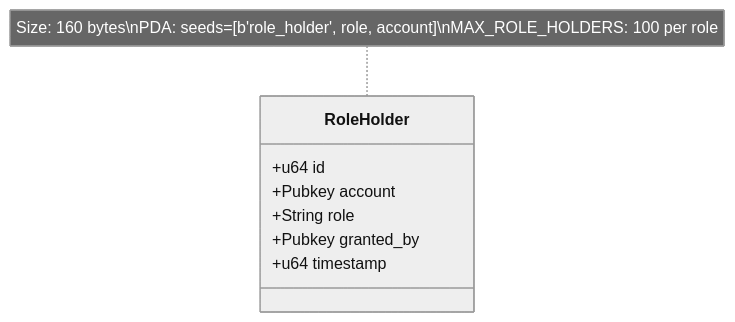
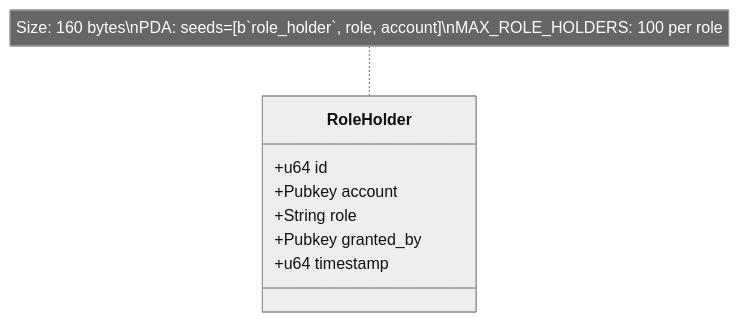
Before and after one commit to 87maxi/SupplyChainTracker-solana-: the eighth of 18 diagrams in README.md, drawn with Mermaid (neutral theme). The commit also changed other lines of this file, not shown here.

First line of the commit message:
fix: repair Mermaid diagram parse errors in README.md

````diff
--- a/README.md
+++ b/README.md
@@ -259,12 +259,12 @@
 ```mermaid
 classDiagram
     class RoleHolder {
         +u64 id
         +Pubkey account
         +String role
         +Pubkey granted_by
         +u64 timestamp
     }
 
-    note for RoleHolder "Size: 160 bytes\nPDA: seeds=[b'role_holder', role, account]\nMAX_ROLE_HOLDERS: 100 per role"
+    note for RoleHolder "Size: 160 bytes\nPDA: seeds=[b`role_holder`, role, account]\nMAX_ROLE_HOLDERS: 100 per role"
 ```
````
